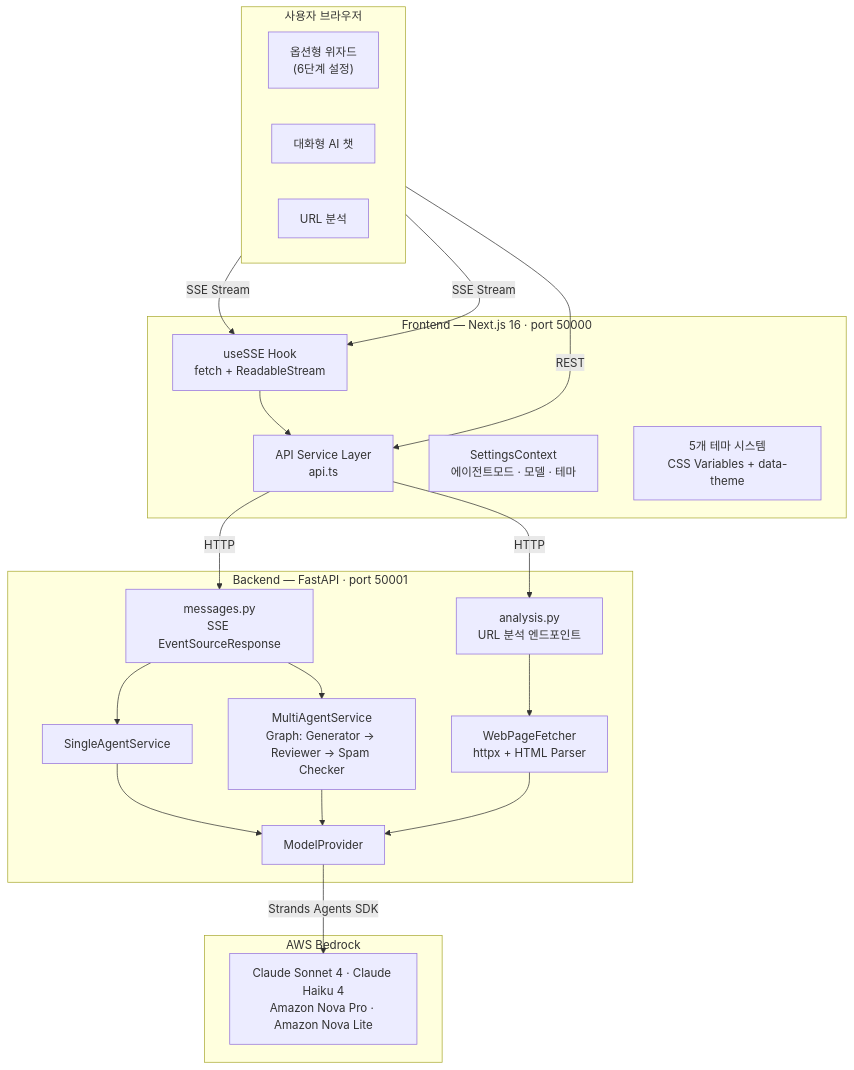
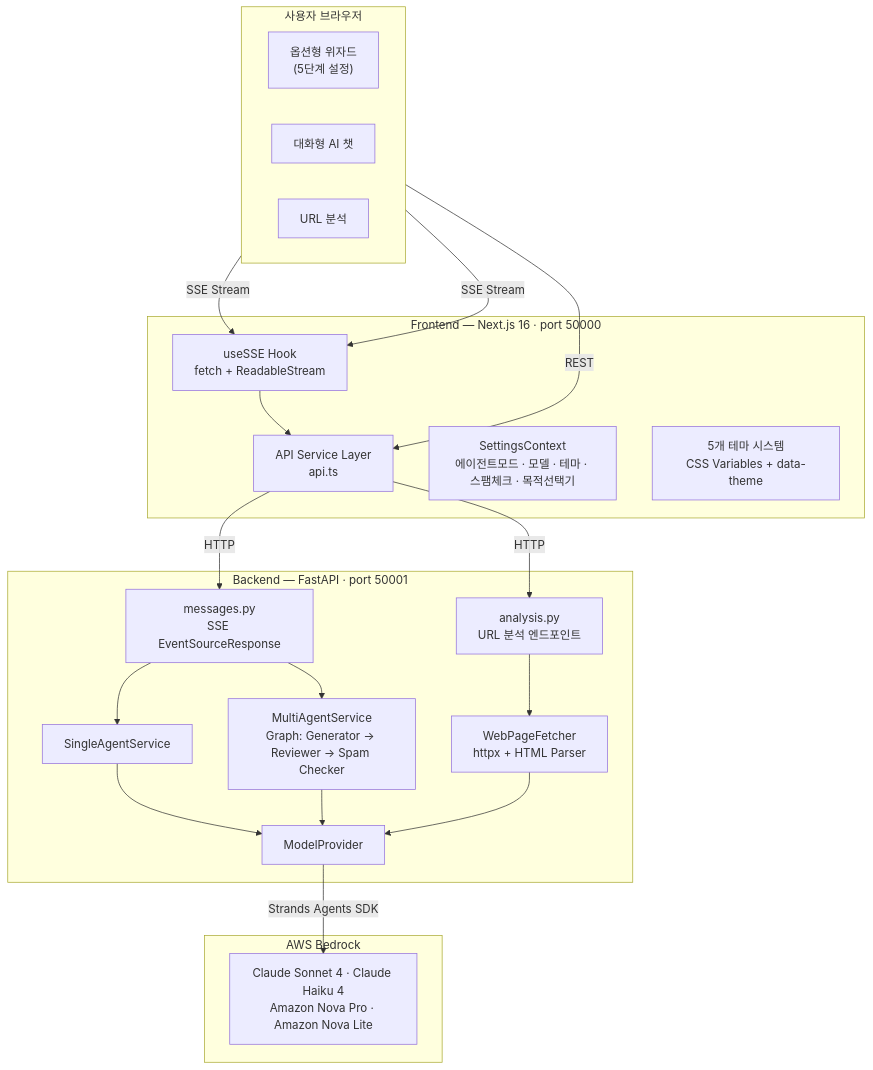
Before and after one commit to alipeople/aws-ai-poc-1: the first of 5 diagrams in README.md, drawn with Mermaid. The commit also changed other lines of this file, not shown here.

````diff
--- a/README.md
+++ b/README.md
@@ -18,43 +38,43 @@
 ```mermaid
 graph TD
     subgraph Browser["사용자 브라우저"]
         direction LR
-        WIZARD["옵션형 위자드<br>(6단계 설정)"]
+        WIZARD["옵션형 위자드<br>(5단계 설정)"]
         CHAT["대화형 AI 챗"]
         URLINPUT["URL 분석"]
     end
 
     WIZARD -->|SSE Stream| HOOK
     CHAT -->|SSE Stream| HOOK
     URLINPUT -->|REST| APISVC
 
     subgraph FE["Frontend — Next.js 16 · port 50000"]
         HOOK["useSSE Hook<br>fetch + ReadableStream"]
         APISVC["API Service Layer<br>api.ts"]
-        CTX["SettingsContext<br>에이전트모드 · 모델 · 테마"]
+        CTX["SettingsContext<br>에이전트모드 · 모델 · 테마 · 스팸체크 · 목적선택기"]
         THEME["5개 테마 시스템<br>CSS Variables + data-theme"]
         HOOK --> APISVC
     end
 
     APISVC -->|HTTP| MSGRT
     APISVC -->|HTTP| ANART
 
     subgraph BE["Backend — FastAPI · port 50001"]
         MSGRT["messages.py<br>SSE EventSourceResponse"]
         ANART["analysis.py<br>URL 분석 엔드포인트"]
 
         MSGRT --> SAS["SingleAgentService"]
         MSGRT --> MAS["MultiAgentService<br>Graph: Generator → Reviewer → Spam Checker"]
         ANART --> WPF["WebPageFetcher<br>httpx + HTML Parser"]
 
         SAS --> MP["ModelProvider"]
         MAS --> MP
         WPF --> MP
     end
 
     MP -->|Strands Agents SDK| LLM
 
     subgraph AWS["AWS Bedrock"]
         LLM["Claude Sonnet 4 · Claude Haiku 4<br>Amazon Nova Pro · Amazon Nova Lite"]
     end
 ```
````
